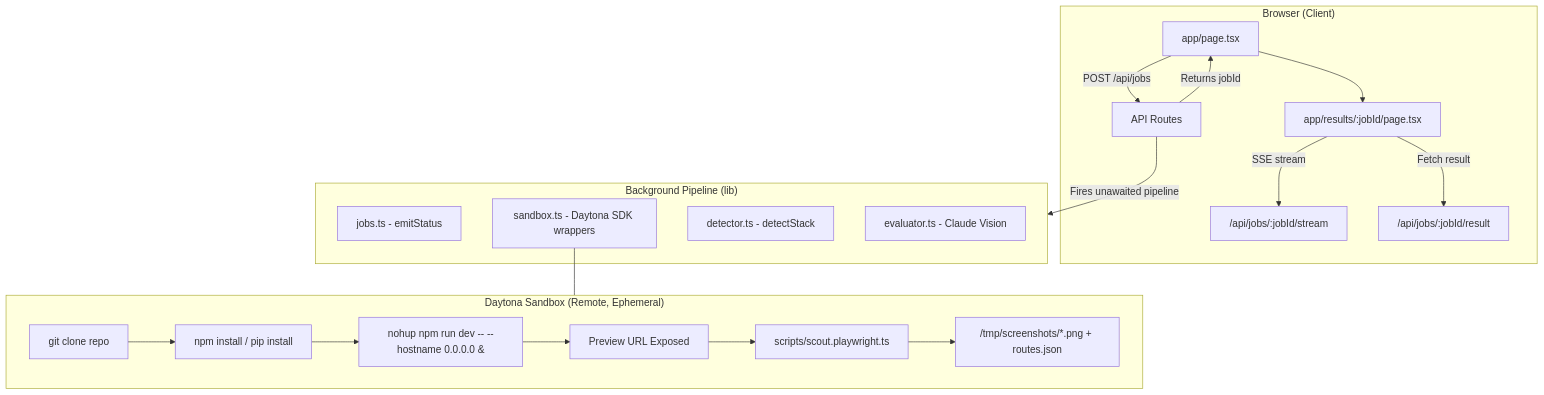
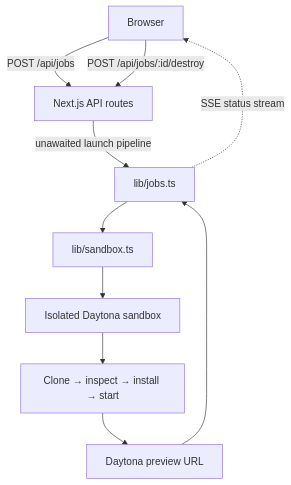
Before and after one commit to statho7/trysdk: the first of 3 diagrams in docs/architecture.md, drawn with Mermaid. The commit also changed other lines of this file and 3 other files, not shown here.

Commit message:
docs: make Try SDK preview-first

````diff
--- a/docs/architecture.md
+++ b/docs/architecture.md
@@ -7,32 +7,12 @@
 ```mermaid
 flowchart TD
-    subgraph Browser ["Browser (Client)"]
-        UI["app/page.tsx"] -->|POST /api/jobs| API["API Routes"]
-        API -->|Returns jobId| UI
-        UI --> Results["app/results/:jobId/page.tsx"]
-        Results -->|SSE stream| StreamRoute["/api/jobs/:jobId/stream"]
-        Results -->|Fetch result| ResultRoute["/api/jobs/:jobId/result"]
-    end
-
-    subgraph Pipeline ["Background Pipeline (lib)"]
-        Jobs["jobs.ts - emitStatus"]
-        SandboxLib["sandbox.ts - Daytona SDK wrappers"]
-        Detector["detector.ts - detectStack"]
-        Evaluator["evaluator.ts - Claude Vision"]
-    end
-
-    API -->|Fires unawaited pipeline| Pipeline
-
-    subgraph Daytona ["Daytona Sandbox (Remote, Ephemeral)"]
-        Clone["git clone repo"]
-        Install["npm install / pip install"]
-        Run["nohup npm run dev -- --hostname 0.0.0.0 &"]
-        Preview["Preview URL Exposed"]
-        Scout["scripts/scout.playwright.ts"]
-        Shots["/tmp/screenshots/*.png + routes.json"]
-
-        Clone --> Install --> Run --> Preview --> Scout --> Shots
-    end
-
-    SandboxLib --- Daytona
+    Browser[Browser] -->|POST /api/jobs| API[Next.js API routes]
+    API -->|unawaited launch pipeline| Jobs[lib/jobs.ts]
+    Jobs --> Sandbox[lib/sandbox.ts]
+    Sandbox --> Daytona[Isolated Daytona sandbox]
+    Daytona --> Flow[Clone → inspect → install → start]
+    Flow --> Preview[Daytona preview URL]
+    Preview --> Jobs
+    Jobs -.->|SSE status stream| Browser
+    Browser -->|POST /api/jobs/:id/destroy| API
 ```
````
